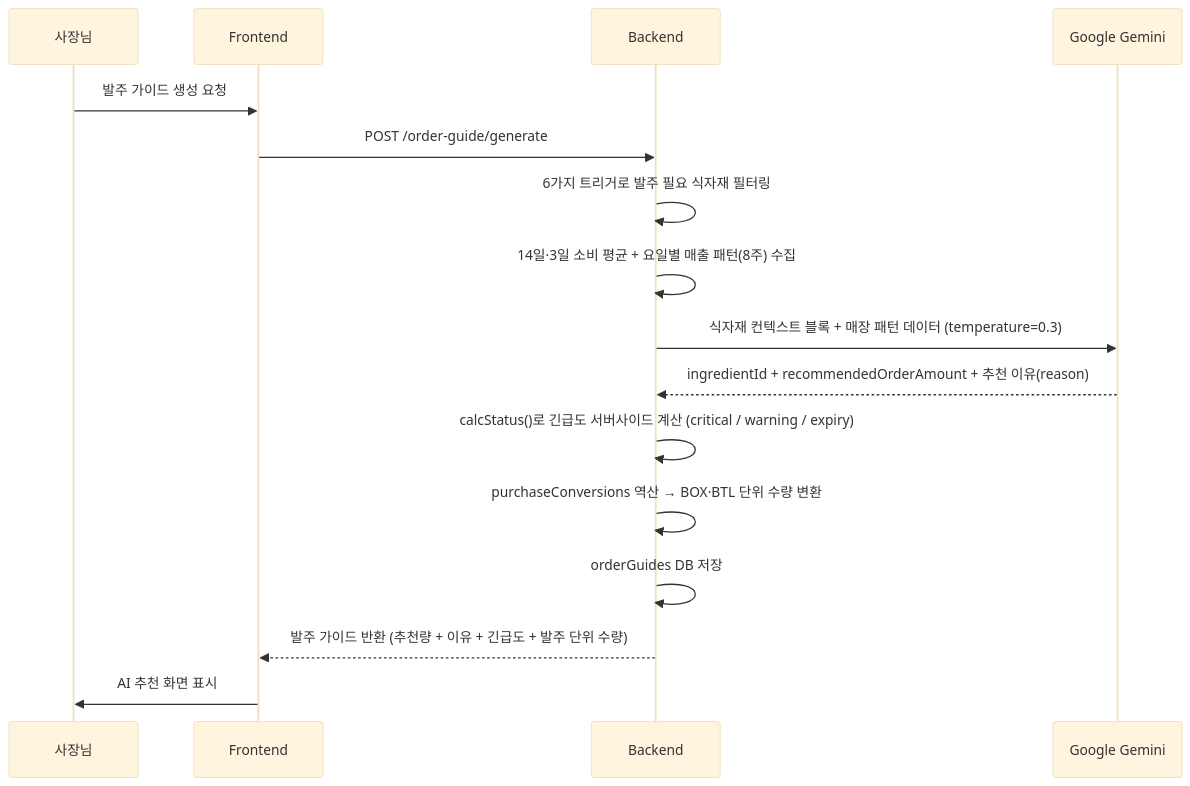
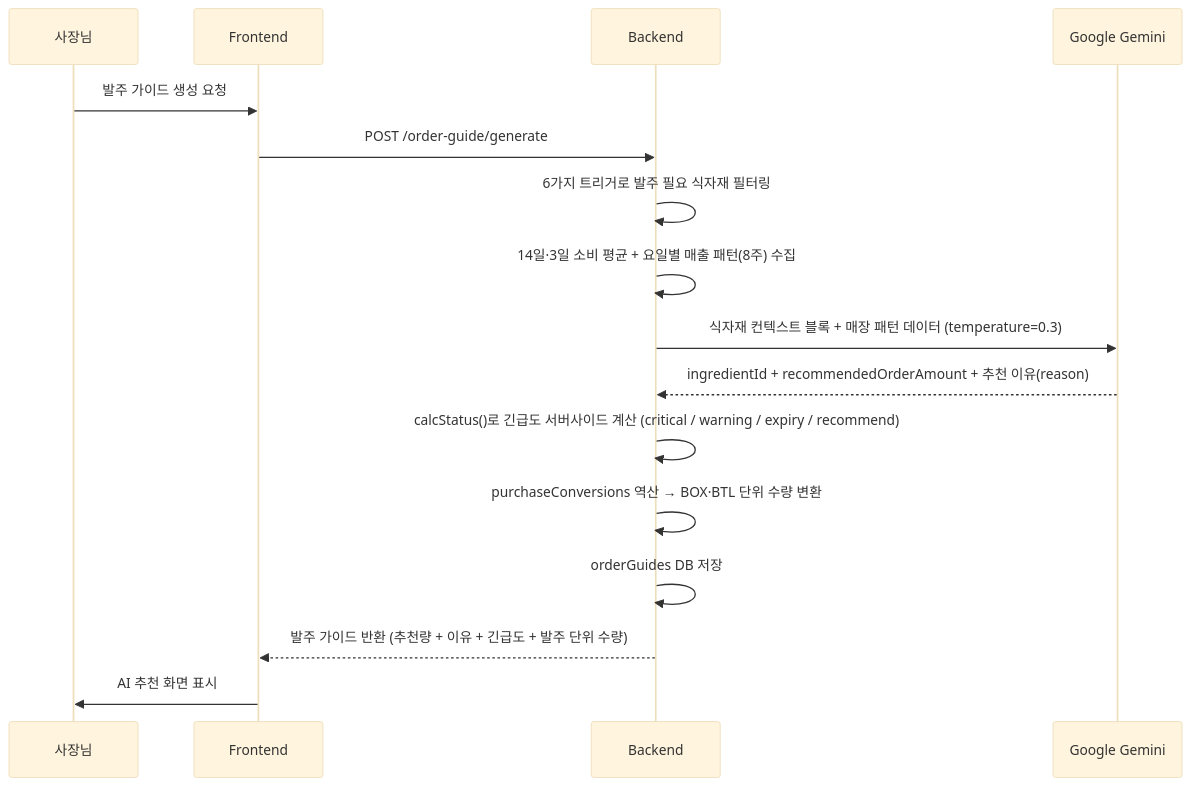
Before and after one commit to from-knu-import-potato/.github: the third of 5 diagrams in profile/README.md, drawn with Mermaid (base theme). The commit also changed other lines of this file, not shown here.

````diff
--- a/profile/README.md
+++ b/profile/README.md
@@ -575,19 +567,19 @@
 ```mermaid
 sequenceDiagram
     participant U as 사장님
     participant F as Frontend
     participant B as Backend
     participant G as Google Gemini
 
     U->>F: 발주 가이드 생성 요청
     F->>B: POST /order-guide/generate
     B->>B: 6가지 트리거로 발주 필요 식자재 필터링
     B->>B: 14일·3일 소비 평균 + 요일별 매출 패턴(8주) 수집
     B->>G: 식자재 컨텍스트 블록 + 매장 패턴 데이터 (temperature=0.3)
     G-->>B: ingredientId + recommendedOrderAmount + 추천 이유(reason)
-    B->>B: calcStatus()로 긴급도 서버사이드 계산 (critical / warning / expiry)
+    B->>B: calcStatus()로 긴급도 서버사이드 계산 (critical / warning / expiry / recommend)
     B->>B: purchaseConversions 역산 → BOX·BTL 단위 수량 변환
     B->>B: orderGuides DB 저장
     B-->>F: 발주 가이드 반환 (추천량 + 이유 + 긴급도 + 발주 단위 수량)
     F->>U: AI 추천 화면 표시
 ```
````
